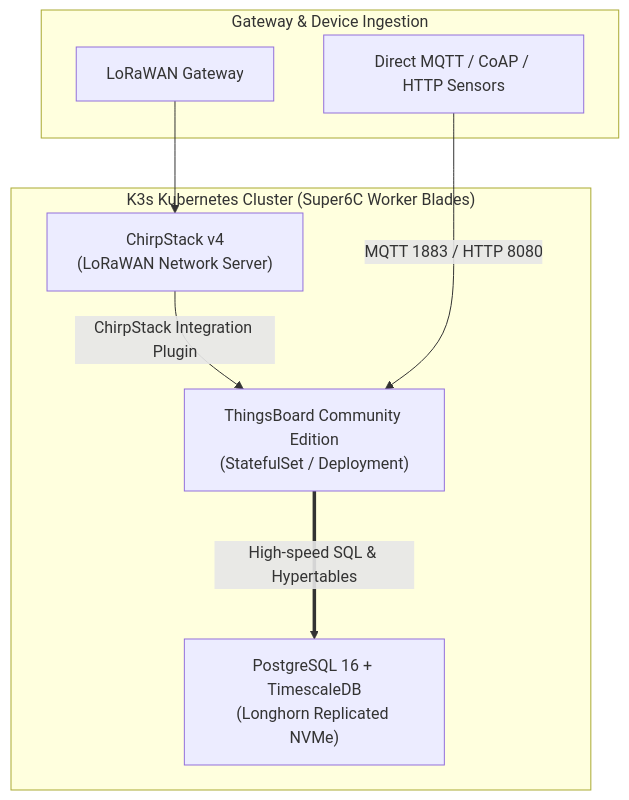
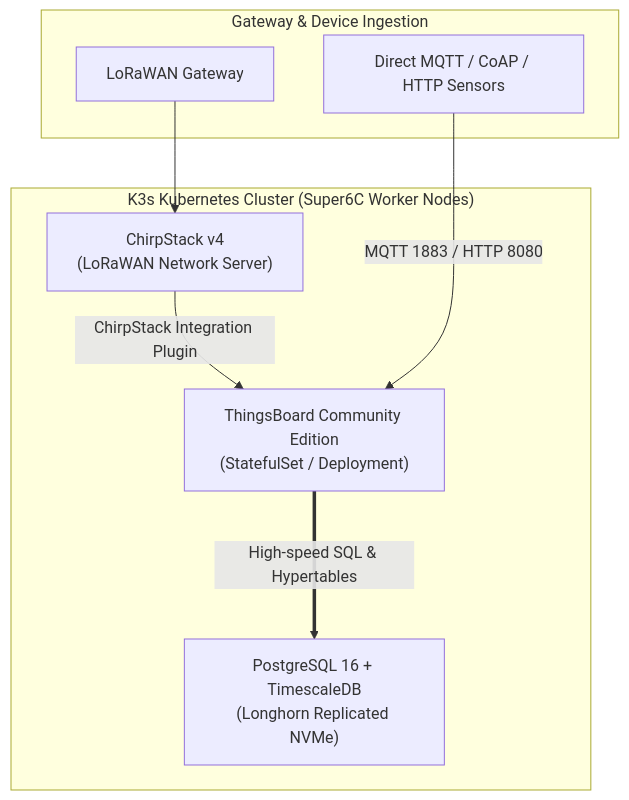
The second of 2 diagrams in docs/IOT_LORAWAN_STACK_ARCHITECTURE.md (paulkanz/super6c-k3s-ha), drawn with Mermaid before and after one commit. The commit also changed other lines of this file and 13 other files, not shown here.

Commit message:
docs: standardize terminology from blade to compute module/node across architecture and diagrams

````diff
--- a/docs/IOT_LORAWAN_STACK_ARCHITECTURE.md
+++ b/docs/IOT_LORAWAN_STACK_ARCHITECTURE.md
@@ -93,18 +93,18 @@
 ```mermaid
 flowchart TD
     subgraph INGESTION ["Gateway & Device Ingestion"]
         GW["LoRaWAN Gateway"]
         EXT_SENSORS["Direct MQTT / CoAP / HTTP Sensors"]
     end
 
-    subgraph CLUSTER ["K3s Kubernetes Cluster (Super6C Worker Blades)"]
+    subgraph CLUSTER ["K3s Kubernetes Cluster (Super6C Worker Nodes)"]
         CS["ChirpStack v4<br/>(LoRaWAN Network Server)"]
         TB["ThingsBoard Community Edition<br/>(StatefulSet / Deployment)"]
         TBPG["PostgreSQL 16 + TimescaleDB<br/>(Longhorn Replicated NVMe)"]
     end
 
     GW --> CS
     CS -->|ChirpStack Integration Plugin| TB
     EXT_SENSORS -->|MQTT 1883 / HTTP 8080| TB
     TB ===>|High-speed SQL & Hypertables| TBPG
 ```
````
